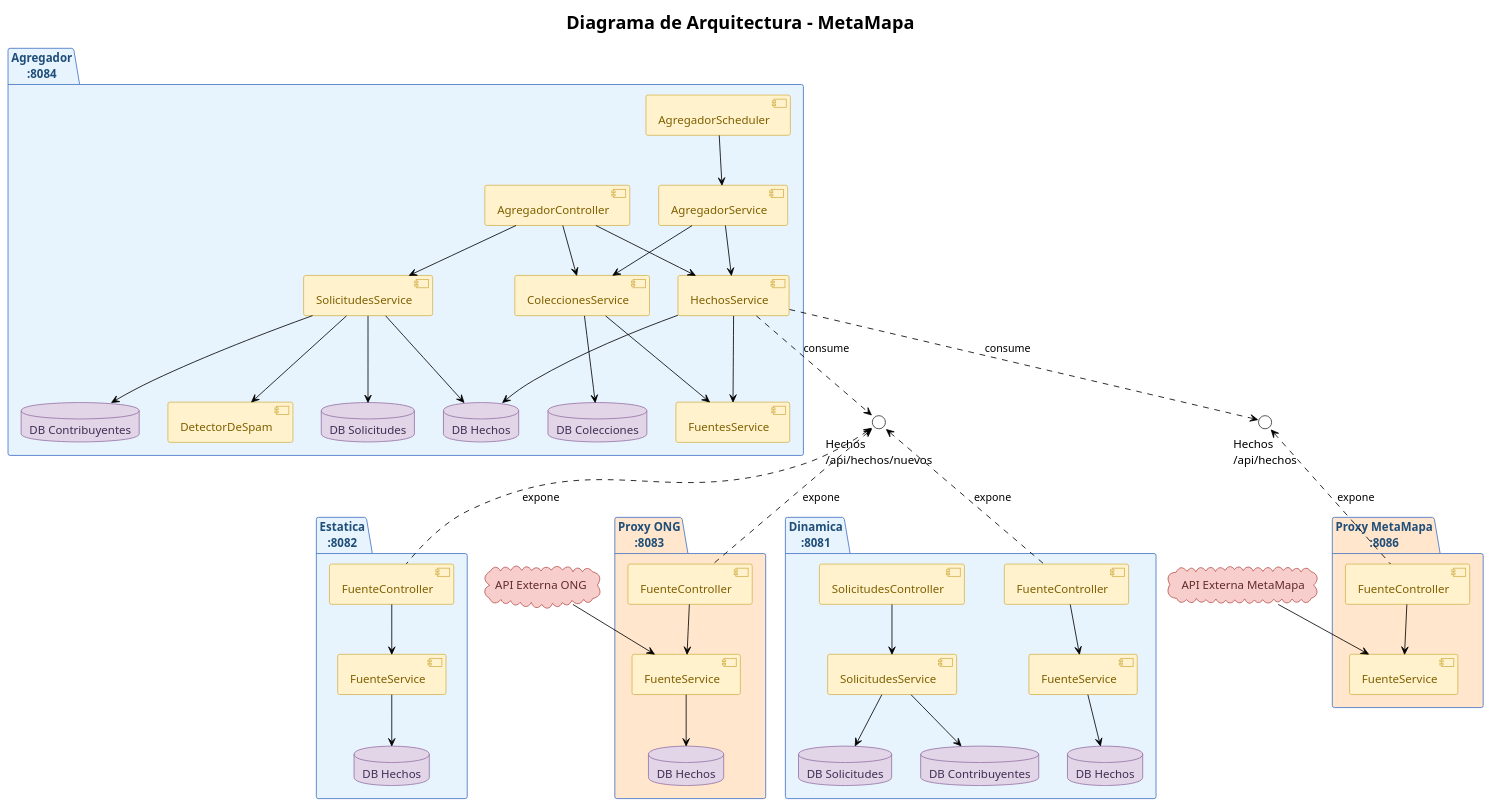
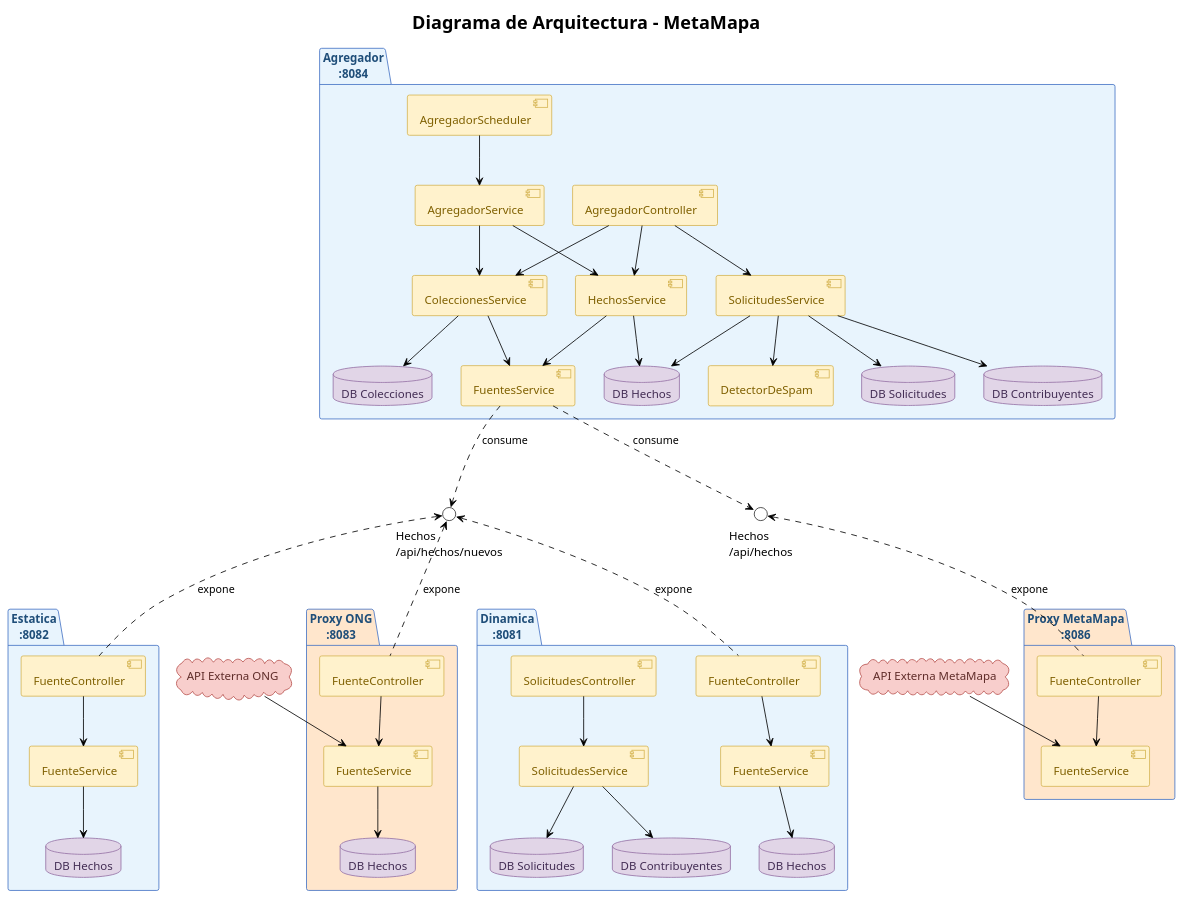
The diagram in entregables/entrega-2/diagrama-de-arquitectura/diagrama-de-arquitectura.puml (NicolasPazz/metamapa), drawn with PlantUML before and after one commit. The commit also changed 48 other files, not shown here.

```diff
--- a/entregables/entrega-2/diagrama-de-arquitectura/diagrama-de-arquitectura.puml
+++ b/entregables/entrega-2/diagrama-de-arquitectura/diagrama-de-arquitectura.puml
@@ -1,132 +1,132 @@
 @startuml
 !theme plain
 
 skinparam package {
     BackgroundColor #E8F4FD
     BorderColor #4472C4
     FontColor #1F4E79
 }
 
 skinparam component {
     BackgroundColor #FFF2CC
     BorderColor #D6B656
     FontColor #7F6000
 }
 
 skinparam cloud {
     BackgroundColor #F8CECC
     BorderColor #B85450
     FontColor #5F2C29
 }
 
 skinparam database {
     BackgroundColor #E1D5E7
     BorderColor #9673A6
     FontColor #432D54
 }
 
 skinparam interface {
     BackgroundColor #FFFFFF
     BorderColor #333333
     FontColor #000000
 }
 
 title "Diagrama de Arquitectura - MetaMapa"
 
 ' Servicios externos
 cloud "API Externa ONG" as external_ong
 cloud "API Externa MetaMapa" as external_metamapa
 
 ' Interfaces expuestas
 interface "Hechos\n/api/hechos" as hechos_api
 interface "Hechos\n/api/hechos/nuevos" as hechos_nuevos_api
 
 ' Modulo Proxy ONG
 package "Proxy ONG\n:8083" #FFE6CC {
     component "FuenteController" as proxy_ong_controller
     component "FuenteService" as proxy_ong_service
     database "DB Hechos" as proxy_ong_hechos_db
     
     proxy_ong_controller .up.> hechos_nuevos_api : expone
     proxy_ong_service --> proxy_ong_hechos_db
     proxy_ong_controller --> proxy_ong_service
 }
 
 ' Modulo Proxy MetaMapa
 package "Proxy MetaMapa\n:8086" #FFE6CC {
     component "FuenteController" as proxy_metamapa_controller
     component "FuenteService" as proxy_metamapa_service
     
     proxy_metamapa_controller .up.> hechos_api : expone
     proxy_metamapa_controller --> proxy_metamapa_service
 }
 
 ' Modulo Estatica
 package "Estatica\n:8082" {
     component "FuenteController" as estatica_controller
     component "FuenteService" as estatica_service
     database "DB Hechos" as estatica_hechos_db
     
     estatica_controller .up.> hechos_nuevos_api : expone
     estatica_controller --> estatica_service
     estatica_service --> estatica_hechos_db
 }
 
 ' Modulo Dinamica
 package "Dinamica\n:8081" {
     component "FuenteController" as dinamica_controller
     component "SolicitudesController" as dinamica_solicitudes_controller
     component "FuenteService" as dinamica_service
     component "SolicitudesService" as dinamica_solicitudes_service
     database "DB Hechos" as dinamica_hechos_db
     database "DB Solicitudes" as dinamica_solicitudes_db
     database "DB Contribuyentes" as dinamica_contribuyentes_db
     
     dinamica_controller .up.> hechos_nuevos_api : expone
     dinamica_controller --> dinamica_service
     dinamica_solicitudes_controller --> dinamica_solicitudes_service
     dinamica_service --> dinamica_hechos_db
     dinamica_solicitudes_service --> dinamica_solicitudes_db
     dinamica_solicitudes_service --> dinamica_contribuyentes_db
 }
 
 ' Modulo Agregador
 package "Agregador\n:8084" {
     component "AgregadorController" as agregador_controller
     component "AgregadorService" as agregador_service
     component "HechosService" as agregador_hechos_service
     component "ColeccionesService" as agregador_colecciones_service
     component "SolicitudesService" as agregador_solicitudes_service
     component "FuentesService" as agregador_fuentes_service
     component "DetectorDeSpam" as agregador_detector_spam
     component "AgregadorScheduler" as agregador_scheduler
     database "DB Hechos" as agregador_hechos_db
     database "DB Colecciones" as agregador_colecciones_db
     database "DB Solicitudes" as agregador_solicitudes_db
     database "DB Contribuyentes" as agregador_contribuyentes_db
     
     agregador_controller --> agregador_hechos_service
     agregador_controller --> agregador_colecciones_service
     agregador_controller --> agregador_solicitudes_service
     agregador_service --> agregador_hechos_service
     agregador_service --> agregador_colecciones_service
     agregador_solicitudes_service --> agregador_detector_spam
     agregador_solicitudes_service --> agregador_hechos_db
     agregador_colecciones_service --> agregador_fuentes_service
     agregador_hechos_service --> agregador_fuentes_service
     agregador_hechos_service --> agregador_hechos_db
     agregador_colecciones_service --> agregador_colecciones_db
     agregador_solicitudes_service --> agregador_solicitudes_db
     agregador_solicitudes_service --> agregador_contribuyentes_db
     agregador_scheduler --> agregador_service
 }
 
 ' Conexiones externas hacia proxies
 external_ong --> proxy_ong_service
 external_metamapa --> proxy_metamapa_service
 
 ' Conexiones del Agregador consumiendo interfaces
-agregador_hechos_service ..> hechos_api : consume
-agregador_hechos_service ..> hechos_nuevos_api : consume
+agregador_fuentes_service ..> hechos_api : consume
+agregador_fuentes_service ..> hechos_nuevos_api : consume
 
 @enduml
```
